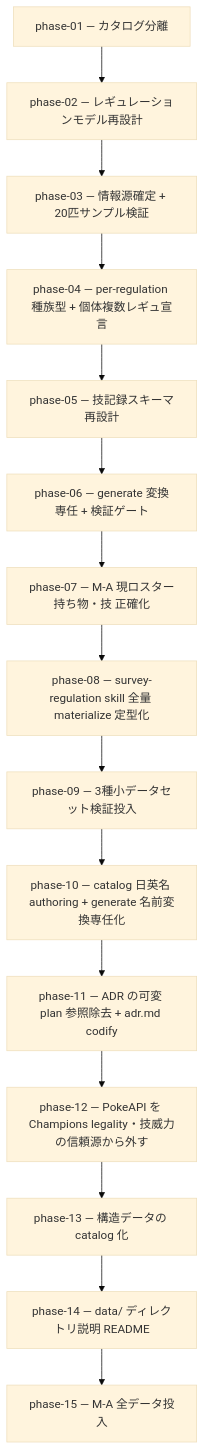
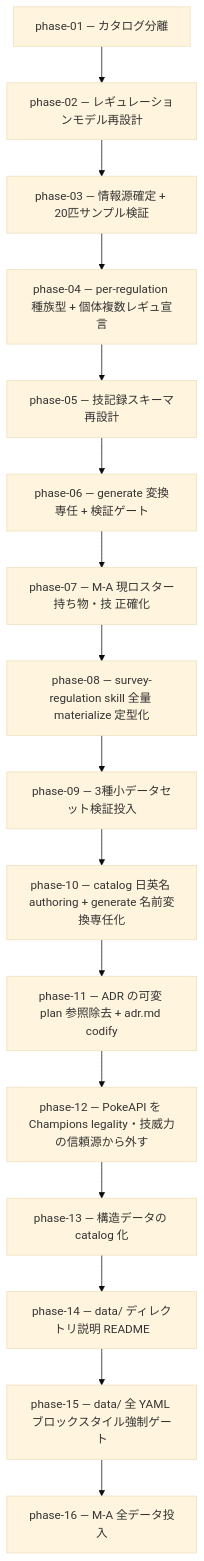
One commit to subroh0508/pokeform changed the diagram in docs/plan/02-data-model-redesign/README.md. Above: the diagram before and after it, drawn with Mermaid (base theme). The commit also changed other lines of this file and 12 other files, not shown here.

First line of the commit message:
docs(plan): 02-data-model-redesign に Phase 15「data/ 全 YAML ブロックスタイル強制ゲート」を挿入し M-A 全量を Phase 16 へ繰り下げ

````diff
--- a/docs/plan/02-data-model-redesign/README.md
+++ b/docs/plan/02-data-model-redesign/README.md
@@ -14,17 +14,18 @@
 ```mermaid
 flowchart TD
     P1[phase-01 — カタログ分離] --> P2[phase-02 — レギュレーションモデル再設計]
     P2 --> P3[phase-03 — 情報源確定 + 20匹サンプル検証]
     P3 --> P4[phase-04 — per-regulation 種族型 + 個体複数レギュ宣言]
     P4 --> P5[phase-05 — 技記録スキーマ再設計]
     P5 --> P6[phase-06 — generate 変換専任 + 検証ゲート]
     P6 --> P7[phase-07 — M-A 現ロスター持ち物・技 正確化]
     P7 --> P8[phase-08 — survey-regulation skill 全量 materialize 定型化]
     P8 --> P9[phase-09 — 3種小データセット検証投入]
     P9 --> P10[phase-10 — catalog 日英名 authoring + generate 名前変換専任化]
     P10 --> P11[phase-11 — ADR の可変 plan 参照除去 + adr.md codify]
     P11 --> P12[phase-12 — PokeAPI を Champions legality・技威力の信頼源から外す]
     P12 --> P13[phase-13 — 構造データの catalog 化]
     P13 --> P14[phase-14 — data/ ディレクトリ説明 README]
-    P14 --> P15[phase-15 — M-A 全データ投入]
+    P14 --> P15[phase-15 — data/ 全 YAML ブロックスタイル強制ゲート]
+    P15 --> P16[phase-16 — M-A 全データ投入]
 ```
````
